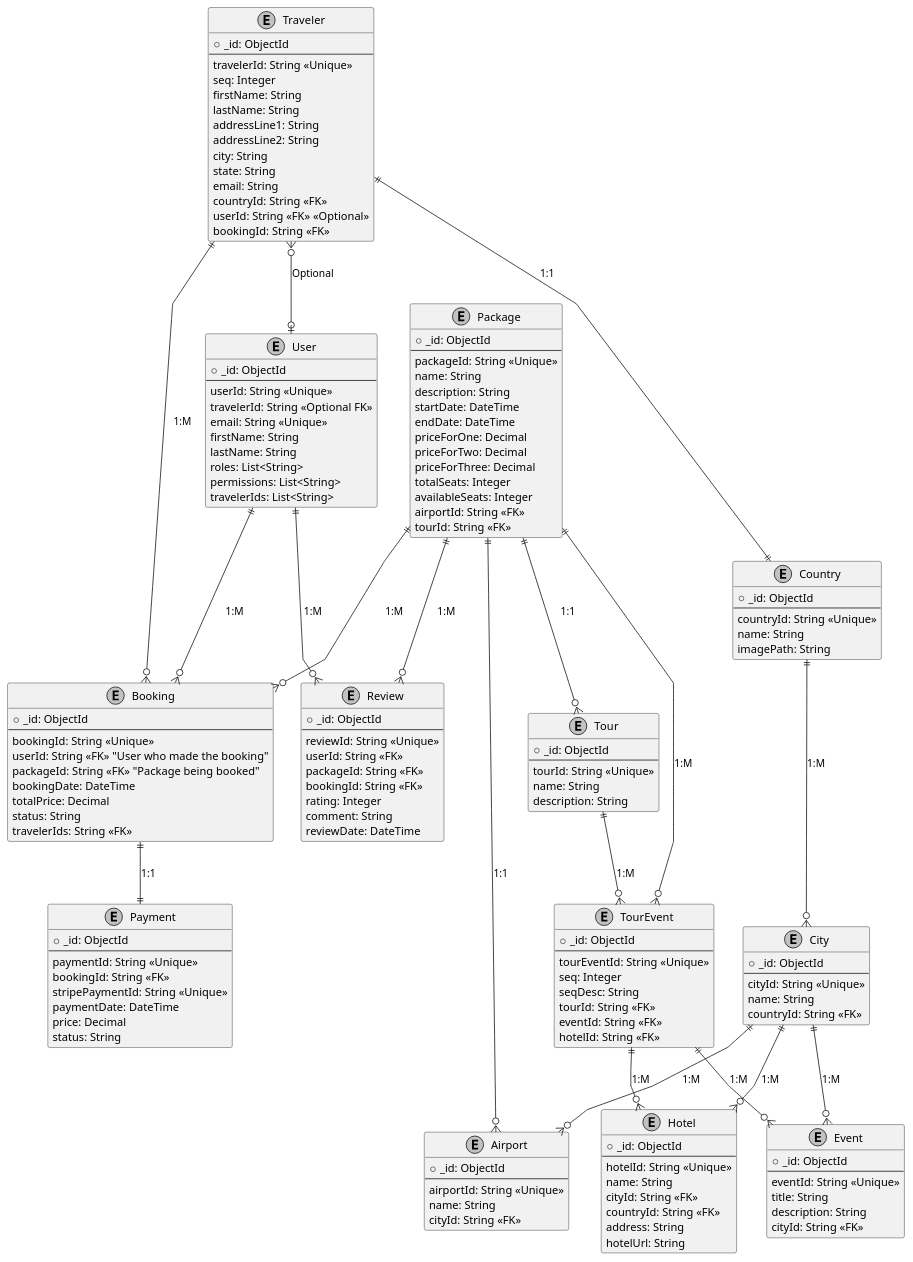
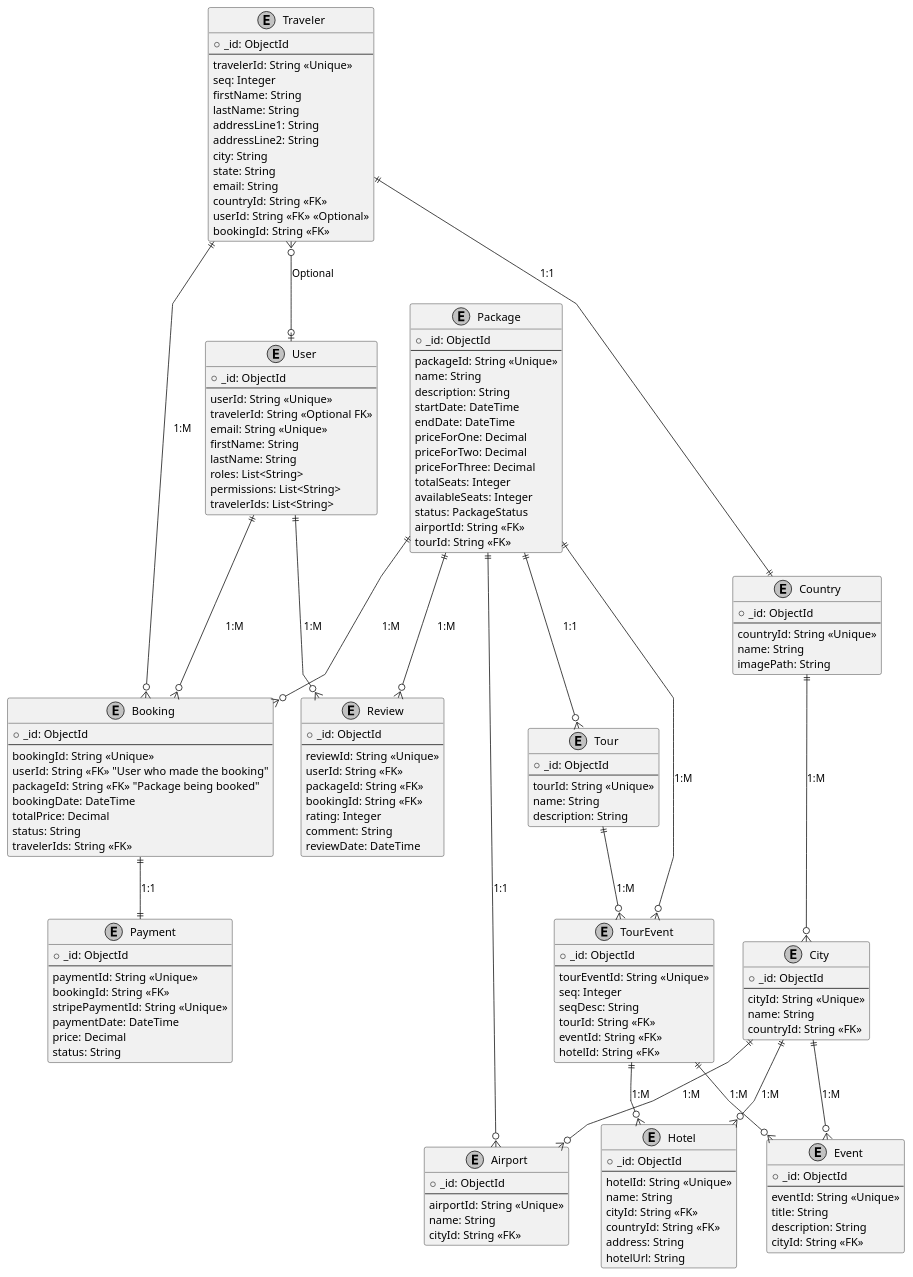
One commit to Hares-2088/TravelTrove changed the diagram in diagrams/C4_l3/C4_l3_database.puml. Above: the diagram before and after it, drawn with PlantUML. The commit also changed 9 other files, not shown here.

Commit message:
last diagrams

```diff
--- a/diagrams/C4_l3/C4_l3_database.puml
+++ b/diagrams/C4_l3/C4_l3_database.puml
@@ -1,175 +1,176 @@
 @startuml
 skinparam linetype polyline
 skinparam monochrome true
 skinparam entity {
     BackgroundColor #DDEEFF
     BorderColor #3366CC
     FontColor Black
 }
 
 ' Entities
 entity "User" as User {
     + _id: ObjectId
     --
       userId: String <<Unique>>
       travelerId: String <<Optional FK>>
       email: String <<Unique>>
       firstName: String
       lastName: String
       roles: List<String>
       permissions: List<String>
       travelerIds: List<String>
 }
 
 entity "Traveler" as Traveler {
     + _id: ObjectId
     --
     travelerId: String <<Unique>>
     seq: Integer
     firstName: String
     lastName: String
     addressLine1: String
     addressLine2: String
     city: String
     state: String
     email: String
     countryId: String <<FK>>
     userId: String <<FK>> <<Optional>>
     bookingId: String <<FK>>
 }
 
 entity "Tour" as Tour {
     + _id: ObjectId
     --
     tourId: String <<Unique>>
     name: String
     description: String
 }
 
 entity "Package" as Package {
     + _id: ObjectId
     --
     packageId: String <<Unique>>
     name: String
     description: String
     startDate: DateTime
     endDate: DateTime
     priceForOne: Decimal
     priceForTwo: Decimal
     priceForThree: Decimal
     totalSeats: Integer
     availableSeats: Integer
+    status: PackageStatus
     airportId: String <<FK>>
     tourId: String <<FK>>
 }
 
 entity "Booking" as Booking {
     + _id: ObjectId
     --
     bookingId: String <<Unique>>
     userId: String <<FK>> "User who made the booking"
     packageId: String <<FK>> "Package being booked"
     bookingDate: DateTime
     totalPrice: Decimal
     status: String
     travelerIds: String <<FK>>
 }
 
 entity "Payment" as Payment {
     + _id: ObjectId
     --
     paymentId: String <<Unique>>
     bookingId: String <<FK>>
     stripePaymentId: String <<Unique>>
     paymentDate: DateTime
     price: Decimal
     status: String
 }
 
 entity "Review" as Review {
     + _id: ObjectId
     --
     reviewId: String <<Unique>>
     userId: String <<FK>>
     packageId: String <<FK>>
     bookingId: String <<FK>>
     rating: Integer
     comment: String
     reviewDate: DateTime
 }
 
 entity "Hotel" as Hotel {
     + _id: ObjectId
     --
     hotelId: String <<Unique>>
     name: String
     cityId: String <<FK>>
     countryId: String <<FK>>
     address: String
     hotelUrl: String
 }
 
 entity "Airport" as Airport {
     + _id: ObjectId
     --
     airportId: String <<Unique>>
     name: String
     cityId: String <<FK>>
 }
 
 entity "City" as City {
     + _id: ObjectId
     --
     cityId: String <<Unique>>
     name: String
     countryId: String <<FK>>
 }
 
 entity "Country" as Country {
     + _id: ObjectId
     --
     countryId: String <<Unique>>
     name: String
     imagePath: String
 }
 
 entity "Event" as Event {
     + _id: ObjectId
     --
     eventId: String <<Unique>>
     title: String
     description: String
     cityId: String <<FK>>
 }
 
 entity "TourEvent" as TourEvent {
     + _id: ObjectId
     --
     tourEventId: String <<Unique>>
     seq: Integer
     seqDesc: String
     tourId: String <<FK>>
     eventId: String <<FK>>
     hotelId: String <<FK>>
 }
 
 ' Relationships
 User ||--o{ Booking : "1:M"
 User ||--o{ Review : "1:M"
 Package ||--o{ Booking : "1:M"
 Package ||--o{ Review : "1:M"
 Package ||--o{ Tour : "1:1"
 Booking ||--|| Payment : "1:1"
 City ||--o{ Hotel : "1:M"
 City ||--o{ Airport : "1:M"
 Country ||--o{ City : "1:M"
 City ||--o{ Event : "1:M"
 Package ||--o{ Airport : "1:1"
 Package ||--o{ TourEvent : "1:M"
 TourEvent ||--o{ Event : "1:M"
 TourEvent ||--o{ Hotel : "1:M"
 Traveler ||--|| Country : "1:1"
 Traveler ||--o{ Booking : "1:M"
 Traveler }o--o| User : "Optional"
 "Tour" ||--o{ "TourEvent" : "1:M"
 @enduml
```
